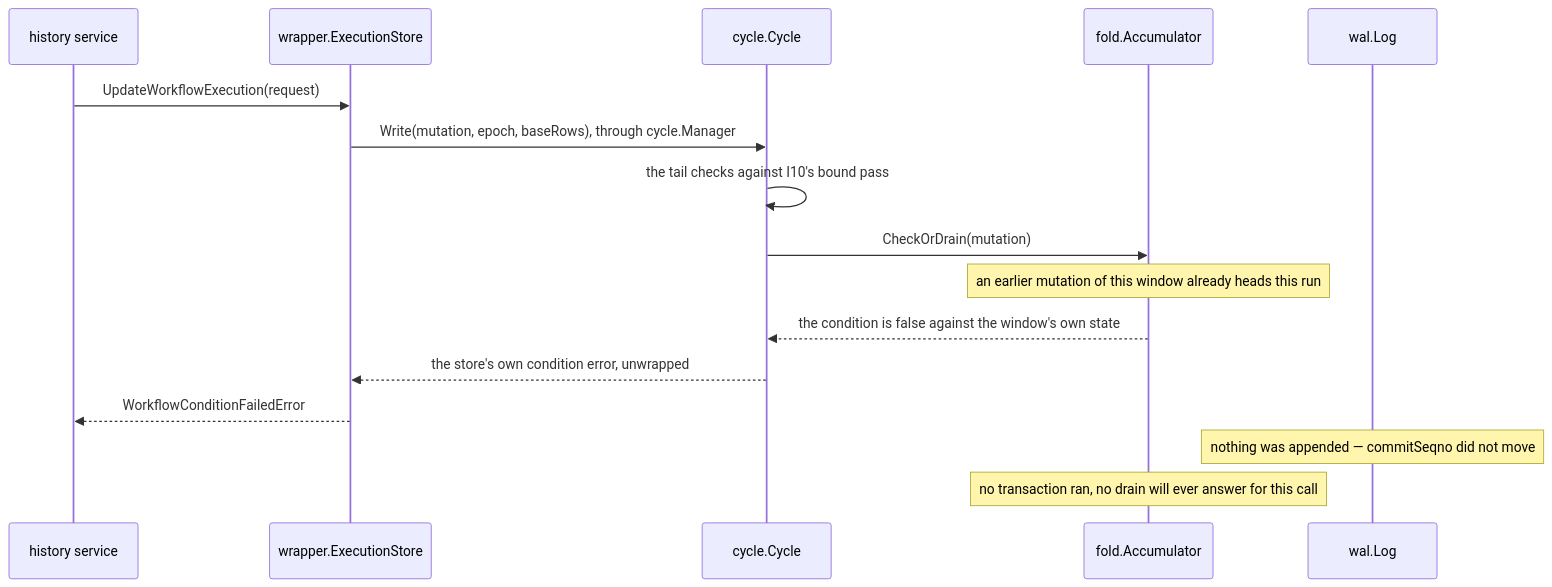
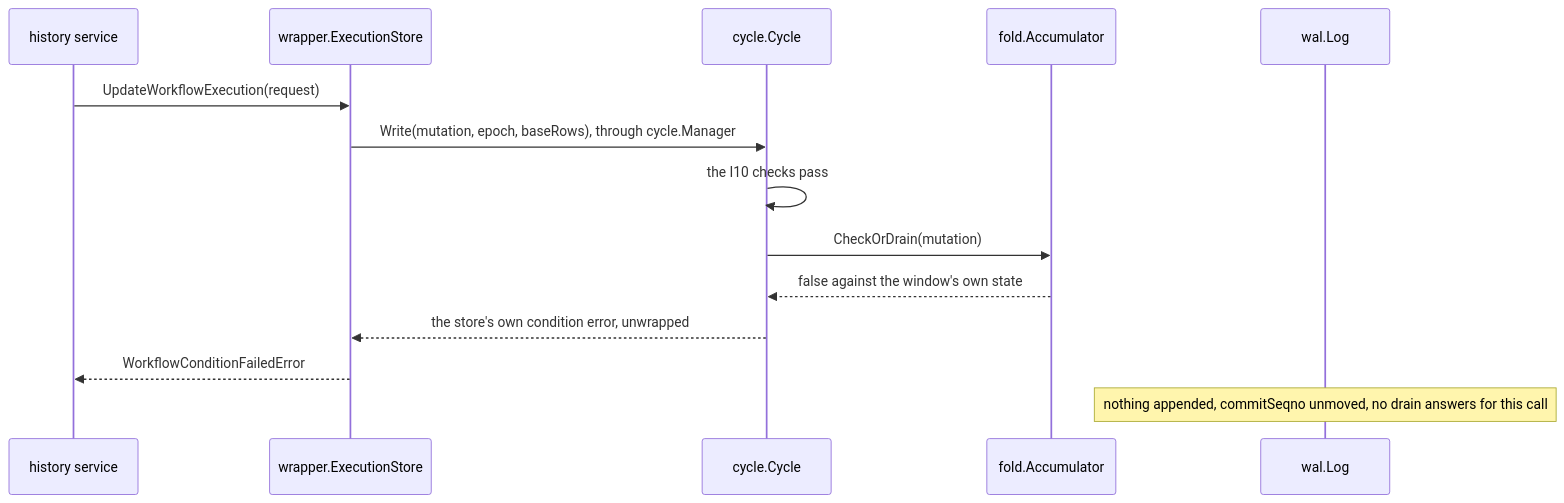
One commit to aromanovich/waltz changed the fourth of 8 diagrams in docs/handbook/05-write-path.md. Above: the diagram before and after it, drawn with Mermaid. The commit also changed other lines of this file and 15 other files, not shown here.

````diff
--- a/docs/handbook/05-write-path.md
+++ b/docs/handbook/05-write-path.md
@@ -345,19 +256,17 @@
 ```mermaid
 sequenceDiagram
   participant HS as history service
   participant ES as wrapper.ExecutionStore
   participant CY as cycle.Cycle
   participant ACC as fold.Accumulator
   participant LOG as wal.Log
 
   HS->>ES: UpdateWorkflowExecution(request)
   ES->>CY: Write(mutation, epoch, baseRows), through cycle.Manager
-  CY->>CY: the tail checks against I10's bound pass
+  CY->>CY: the I10 checks pass
   CY->>ACC: CheckOrDrain(mutation)
-  Note over ACC: an earlier mutation of this window already heads this run
-  ACC-->>CY: the condition is false against the window's own state
+  ACC-->>CY: false against the window's own state
   CY-->>ES: the store's own condition error, unwrapped
   ES-->>HS: WorkflowConditionFailedError
-  Note over LOG: nothing was appended — commitSeqno did not move
-  Note over ACC: no transaction ran, no drain will ever answer for this call
+  Note over LOG: nothing appended, commitSeqno unmoved, no drain answers for this call
 ```
````
